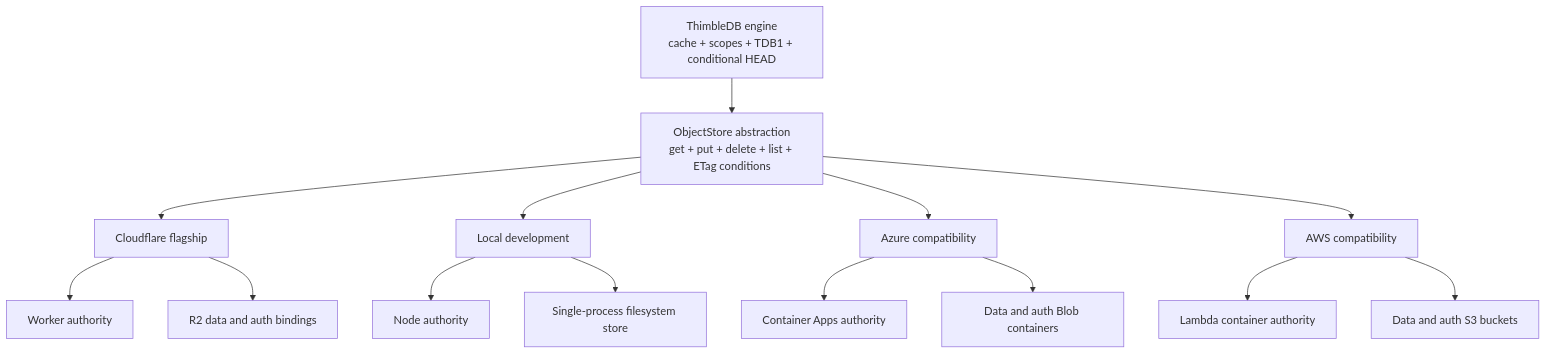
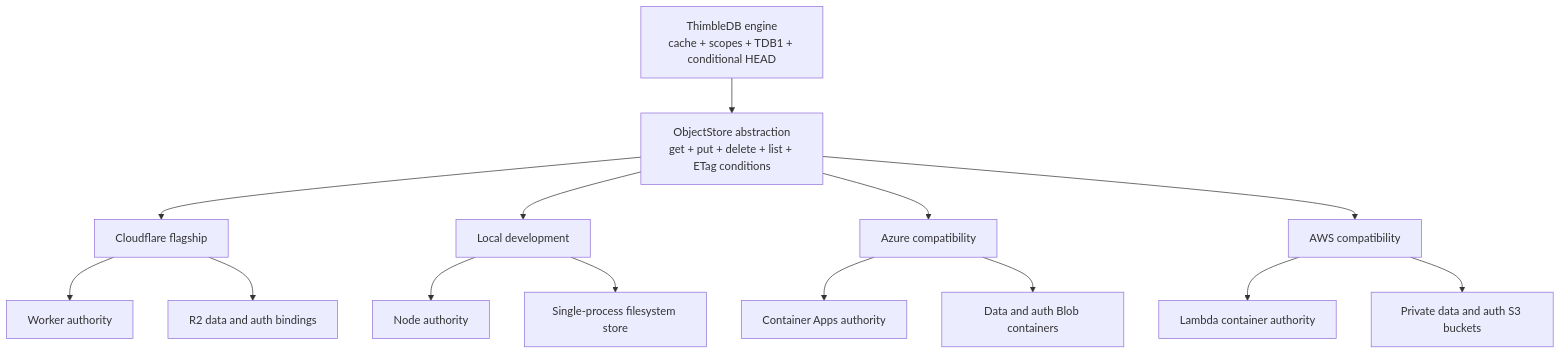
Before and after one commit to Jason-Doyle/thimble: the seventh of 7 diagrams in docs/DIAGRAMS.md, drawn with Mermaid. The commit also changed other lines of this file and 77 other files, not shown here.

````diff
--- a/docs/DIAGRAMS.md
+++ b/docs/DIAGRAMS.md
@@ -220,23 +216,23 @@
 ```mermaid
 flowchart TB
   Engine["ThimbleDB engine<br/>cache + scopes + TDB1 + conditional HEAD"]
   Contract["ObjectStore abstraction<br/>get + put + delete + list + ETag conditions"]
 
   Engine --> Contract
   Contract --> CF["Cloudflare flagship"]
   Contract --> Local["Local development"]
   Contract --> Azure["Azure compatibility"]
   Contract --> AWS["AWS compatibility"]
 
   CF --> CFW["Worker authority"]
   CF --> CFR2["R2 data and auth bindings"]
 
   Local --> Node["Node authority"]
   Local --> Files["Single-process filesystem store"]
 
   Azure --> ACA["Container Apps authority"]
   Azure --> Blob["Data and auth Blob containers"]
 
   AWS --> Lambda["Lambda container authority"]
-  AWS --> S3["Data and auth S3 buckets"]
+  AWS --> S3["Private data and auth S3 buckets"]
 ```
````
